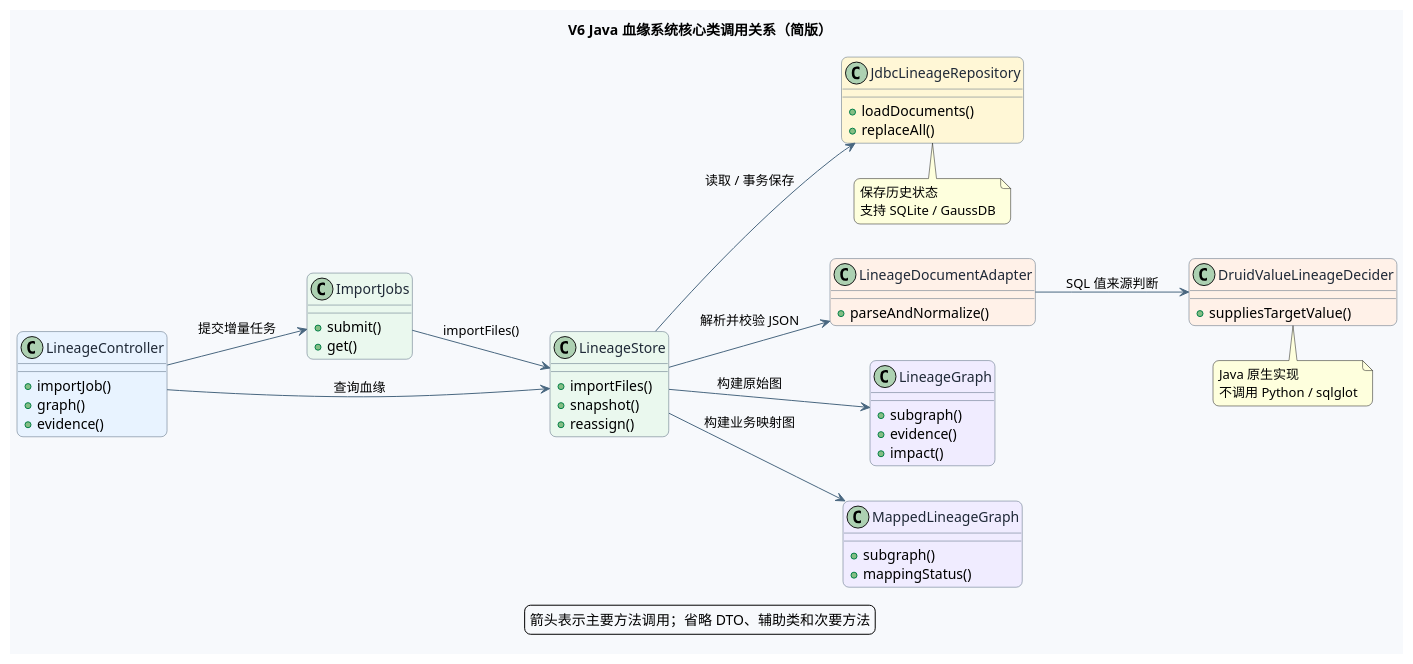
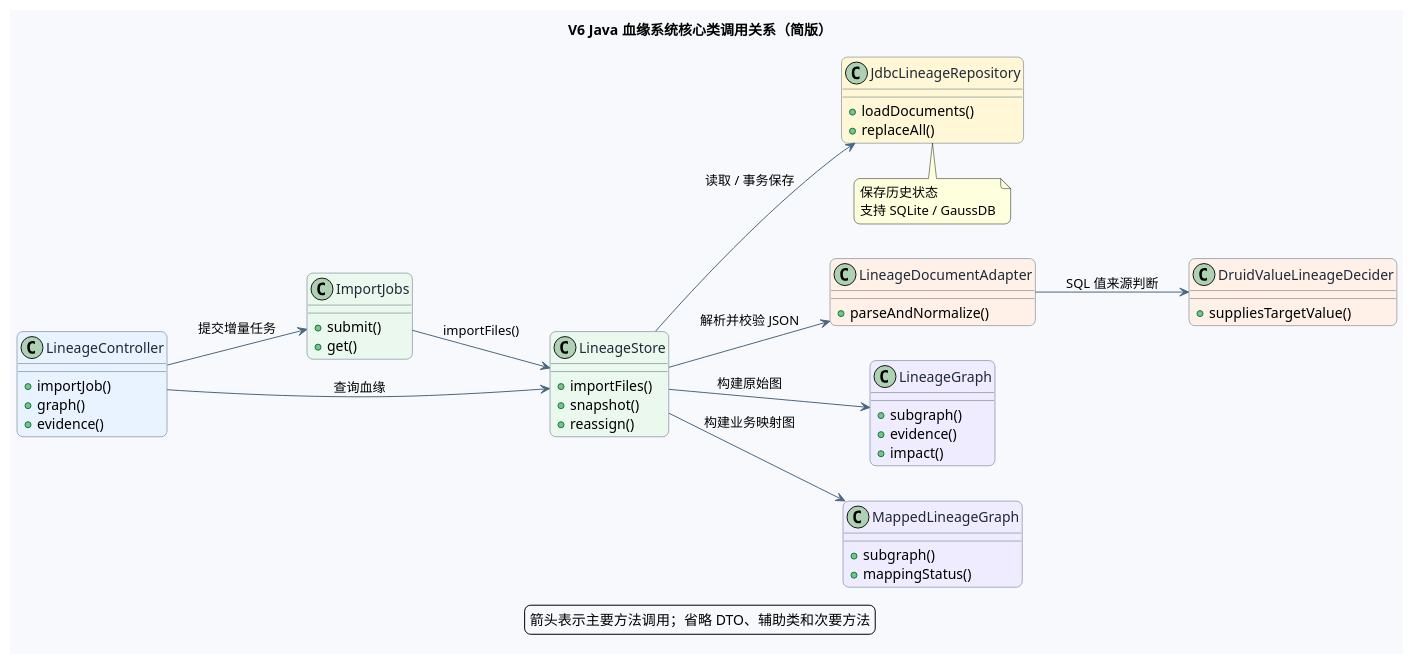
Before and after one commit to gongjl123/lineage_bank: the diagram in docs/JAVA_CLASS_METHOD_CALLS.puml, drawn with PlantUML. The commit also changed 2 other files, not shown here.

Commit message:
docs: simplify Java class diagram notes

```diff
--- a/docs/JAVA_CLASS_METHOD_CALLS.puml
+++ b/docs/JAVA_CLASS_METHOD_CALLS.puml
@@ -1,78 +1,73 @@
 @startuml
 title V6 Java 血缘系统核心类调用关系（简版）
 
 left to right direction
 skinparam backgroundColor #F7F9FC
 skinparam shadowing false
 skinparam roundcorner 12
 skinparam class {
   BackgroundColor #FFFFFF
   BorderColor #52677A
   ArrowColor #496780
   FontColor #1F2937
 }
 
 class LineageController #E8F3FF {
   +importJob()
   +graph()
   +evidence()
 }
 
 class ImportJobs #EAF8EE {
   +submit()
   +get()
 }
 
 class LineageStore #EAF8EE {
   +importFiles()
   +snapshot()
   +reassign()
 }
 
 class LineageDocumentAdapter #FFF1E8 {
   +parseAndNormalize()
 }
 
 class DruidValueLineageDecider #FFF1E8 {
   +suppliesTargetValue()
 }
 
 class LineageGraph #F0ECFF {
   +subgraph()
   +evidence()
   +impact()
 }
 
 class MappedLineageGraph #F0ECFF {
   +subgraph()
   +mappingStatus()
 }
 
 class JdbcLineageRepository #FFF7D6 {
   +loadDocuments()
   +replaceAll()
 }
 
 LineageController --> ImportJobs : 提交增量任务
 LineageController --> LineageStore : 查询血缘
 ImportJobs --> LineageStore : importFiles()
 LineageStore --> LineageDocumentAdapter : 解析并校验 JSON
 LineageDocumentAdapter --> DruidValueLineageDecider : SQL 值来源判断
 LineageStore --> LineageGraph : 构建原始图
 LineageStore --> MappedLineageGraph : 构建业务映射图
 LineageStore --> JdbcLineageRepository : 读取 / 事务保存
 
-note bottom of DruidValueLineageDecider
-  Java 原生实现
-  不调用 Python / sqlglot
-end note
-
 note bottom of JdbcLineageRepository
   保存历史状态
   支持 SQLite / GaussDB
 end note
 
 legend bottom
   箭头表示主要方法调用；省略 DTO、辅助类和次要方法
 endlegend
 @enduml
```
